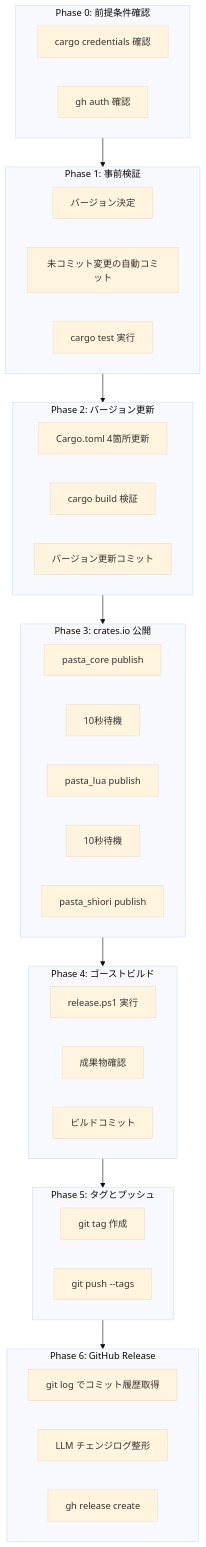
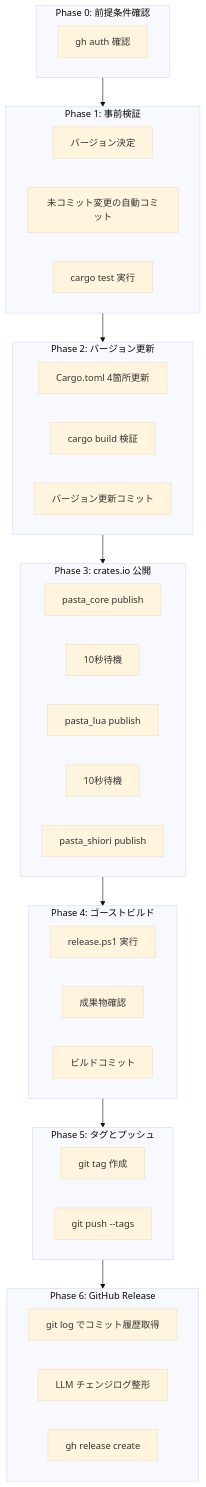
The first of 3 diagrams in .kiro/specs/release-workflow/design.md (ekicyou/pasta), drawn with Mermaid (base theme) before and after one commit. The commit also changed other lines of this file and 1 other file, not shown here.

Commit message:
fix(spec): release-workflow 設計修正 - cargo publish認証は環境変数で有効

````diff
--- a/.kiro/specs/release-workflow/design.md
+++ b/.kiro/specs/release-workflow/design.md
@@ -48,51 +48,50 @@
 ```mermaid
 graph TB
     subgraph Phase0 [Phase 0: 前提条件確認]
-        P0_1[cargo credentials 確認]
-        P0_2[gh auth 確認]
+        P0_1[gh auth 確認]
     end
 
     subgraph Phase1 [Phase 1: 事前検証]
         P1_1[バージョン決定]
         P1_2[未コミット変更の自動コミット]
         P1_3[cargo test 実行]
     end
 
     subgraph Phase2 [Phase 2: バージョン更新]
         P2_1[Cargo.toml 4箇所更新]
         P2_2[cargo build 検証]
         P2_3[バージョン更新コミット]
     end
 
     subgraph Phase3 [Phase 3: crates.io 公開]
         P3_1[pasta_core publish]
         P3_2[10秒待機]
         P3_3[pasta_lua publish]
         P3_4[10秒待機]
         P3_5[pasta_shiori publish]
     end
 
     subgraph Phase4 [Phase 4: ゴーストビルド]
         P4_1[release.ps1 実行]
         P4_2[成果物確認]
         P4_3[ビルドコミット]
     end
 
     subgraph Phase5 [Phase 5: タグとプッシュ]
         P5_1[git tag 作成]
         P5_2[git push --tags]
     end
 
     subgraph Phase6 [Phase 6: GitHub Release]
         P6_1[git log でコミット履歴取得]
         P6_2[LLM チェンジログ整形]
         P6_3[gh release create]
     end
 
     Phase0 --> Phase1
     Phase1 --> Phase2
     Phase2 --> Phase3
     Phase3 --> Phase4
     Phase4 --> Phase5
     Phase5 --> Phase6
 ```
````
